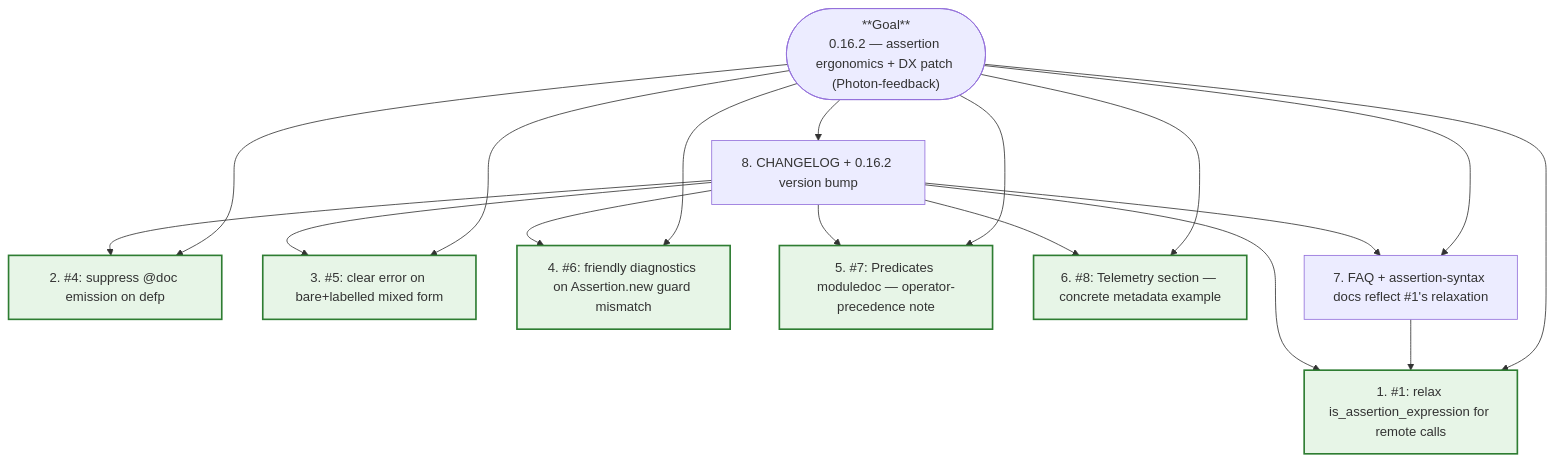
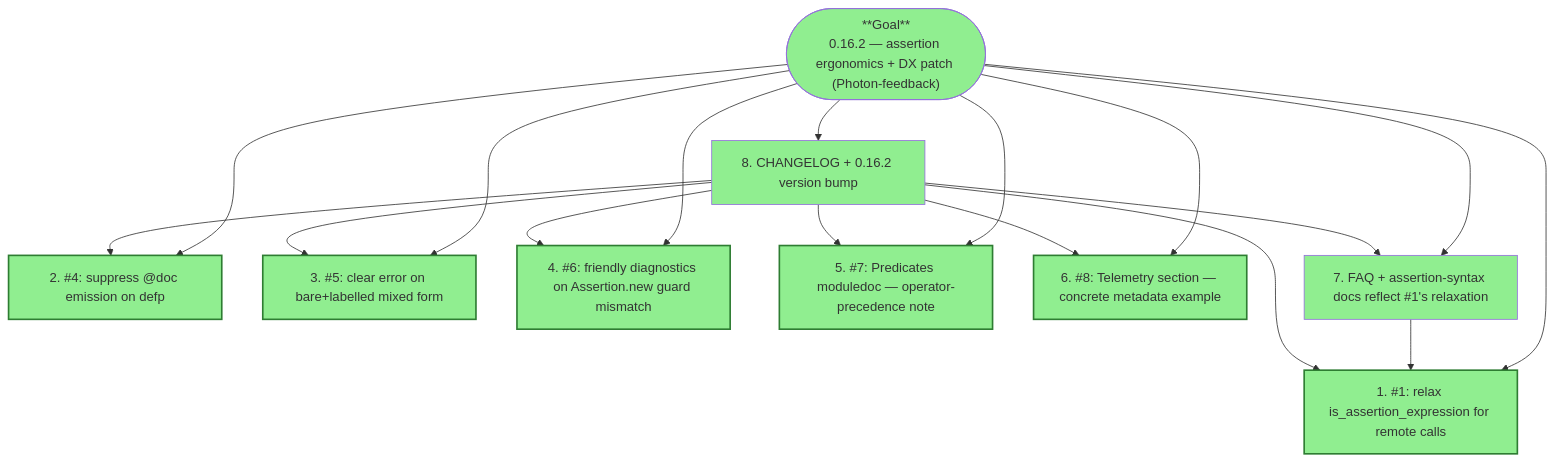
Before and after one commit to jvoegele/bond: the diagram in mikado/dx-fixes.mmd, drawn with Mermaid. The commit also changed 12 other files, not shown here.

First line of the commit message:
Convert remaining .dot Mikado graphs to Mermaid; mark all completed

```diff
--- a/mikado/dx-fixes.mmd
+++ b/mikado/dx-fixes.mmd
@@ -1,66 +1,76 @@
 flowchart TD
 %% Mikado graph for the 0.16.2 release — a DX patch surfaced by dogfooding
 %% Bond on a real-world umbrella app (Photon, ~200+ modules).
 
 %% Arrows point from a goal to its prerequisites. Leaves (green) have no
 %% further prerequisites and are safe to start with. Depth-first per Mikado:
 %% pick a leaf, finish it, commit, repeat.
 
 %% Scope: four small code fixes plus two docs adds, all small and independent,
 %% all unblocking real contract patterns that surfaced in Photon. Coheres
 %% around "make assertion syntax less surprising and consumer-facing surfaces
 %% better documented."
 
 %% Out of scope (deferred to 0.17.0 or later):
 %%   - #2 wrapper-head shape leak. Real bug, but the right design (shape-
 %%     neutral wrapper + restricted refs vs per-clause wrapper) is uncertain
 %%     enough to warrant its own planning conversation.
 %%   - #3 unused-variable warnings from destructure-in-head patterns. Partially
 %%     subsumed by #2's resolution.
 %%   - Uniform `Bond.CompileError` wrapper across all compiler parser errors.
 %%     #6 narrowly targets the most common case; broader cleanup later.
 
 %% Findings (numbered as in the original dogfood report):
 %%   1. Remote function calls (`String.starts_with?(x, "foo")`) reject the
 %%      `Assertion.is_assertion_expression/1` guard because the AST's head is
 %%      a `{:., _, _}` 3-tuple, not an atom. Relax the guard.
 %%   4. `@doc` auto-emission on `defp` triggers Elixir's "@doc discarded for
 %%      private functions" warning. Suppress at the `ContractDocs.doc_clauses/4`
 %%      entry point.
 %%   5. `@pre is_binary(x), positive: x > 0` parses as a 2-arg `@/2` call and
 %%      falls through to Kernel's catch-all with an arity error. Detect at the
 %%      `@` macro and raise a clear `CompileError`.
 %%   6. `Assertion.new/5` failing the guard surfaces an unfriendly stack
 %%      dumping the full `Macro.Env`. Wrap the macro-layer call sites in
 %%      lib/bond.ex with a try/rescue that raises a Bond-shaped CompileError
 %%      with file/line/source and a one-sentence diagnostic.
 %%   7. `~>` and `<~` share precedence and left-associate, so
 %%      `A ~> pattern <~ B` parses unintuitively. Pure docs add — short
 %%      "Operator precedence" section in Bond.Predicates with the canonical
 %%      example and parens fix.
 %%   8. Telemetry metadata's `:function` key is `{name, arity}` — easy to
 %%      forget when wiring handlers. Concrete metadata-map example in the
 %%      Telemetry section so consumers don't have to read source.
 
     G(["**Goal**<br/>0.16.2 — assertion ergonomics + DX patch (Photon-feedback)"])
 
     G --> S1[1. #1: relax is_assertion_expression for remote calls]
     G --> S2[2. #4: suppress @doc emission on defp]
     G --> S3[3. #5: clear error on bare+labelled mixed form]
     G --> S4[4. #6: friendly diagnostics on Assertion.new guard mismatch]
     G --> S5[5. #7: Predicates moduledoc — operator-precedence note]
     G --> S6[6. #8: Telemetry section — concrete metadata example]
     G --> D1[7. FAQ + assertion-syntax docs reflect #1's relaxation]
     G --> R1[8. CHANGELOG + 0.16.2 version bump]
 
     D1 --> S1
     R1 --> S1
     R1 --> S2
     R1 --> S3
     R1 --> S4
     R1 --> S5
     R1 --> S6
     R1 --> D1
 
     classDef leaf fill:#e7f5e7,stroke:#2e7d32,stroke-width:2px;
     class S1,S2,S3,S4,S5,S6 leaf;
+
+    style G fill:#90EE90
+    style S1 fill:#90EE90
+    style S2 fill:#90EE90
+    style S3 fill:#90EE90
+    style S4 fill:#90EE90
+    style S5 fill:#90EE90
+    style S6 fill:#90EE90
+    style D1 fill:#90EE90
+    style R1 fill:#90EE90
```
